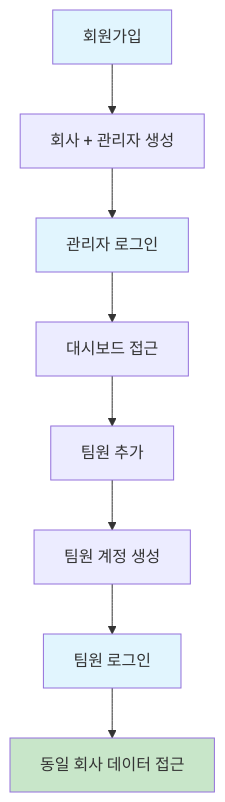
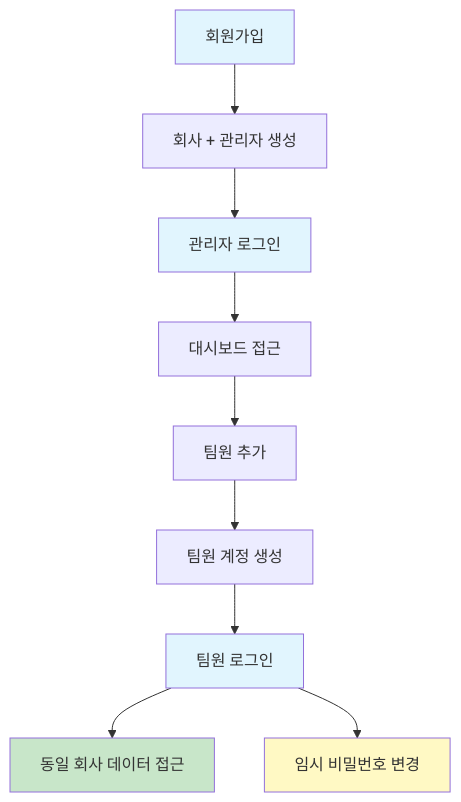
One commit to lee-sung-min405/flowdesk-admin-backend changed the diagram in docs/onboarding.md. Above: the diagram before and after it, drawn with Mermaid. The commit also changed other lines of this file and 5 other files, not shown here.

````diff
--- a/docs/onboarding.md
+++ b/docs/onboarding.md
@@ -130,15 +132,17 @@
 ```mermaid
 flowchart TD
     A[회원가입] --> B[회사 + 관리자 생성]
     B --> C[관리자 로그인]
     C --> D[대시보드 접근]
     D --> E[팀원 추가]
     E --> F[팀원 계정 생성]
     F --> G[팀원 로그인]
     G --> H[동일 회사 데이터 접근]
+    G --> I[임시 비밀번호 변경]
     
     style A fill:#e1f5fe
     style C fill:#e1f5fe
     style G fill:#e1f5fe
     style H fill:#c8e6c9
+    style I fill:#fff9c4
 ```
````
